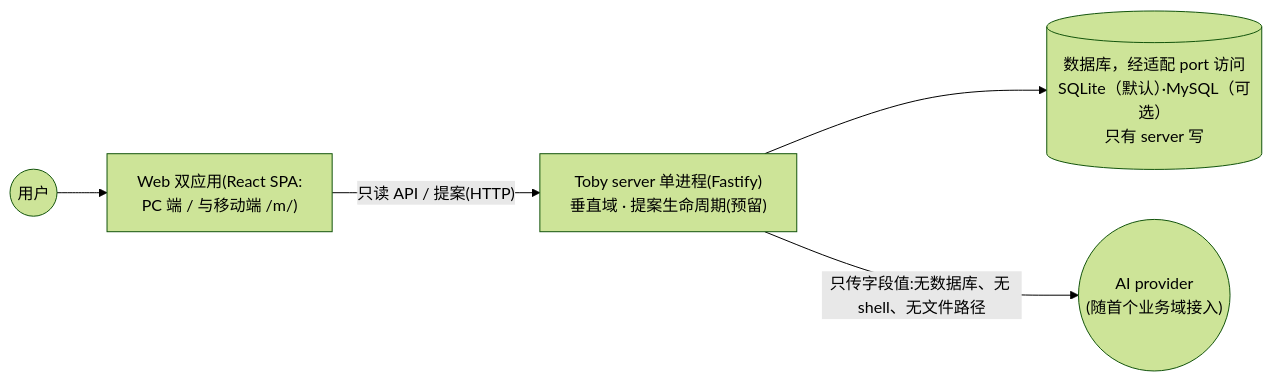
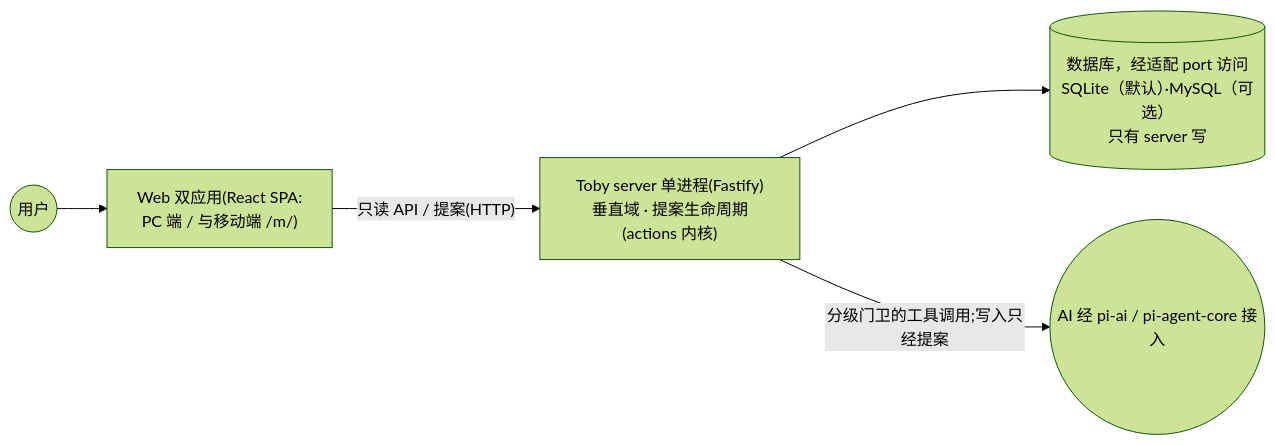
Before and after one commit to dengyusys/toby: the first of 3 diagrams in docs/system-overview.zh.md, drawn with Mermaid (forest theme). The commit also changed other lines of this file and 46 other files, not shown here.

````diff
--- a/docs/system-overview.zh.md
+++ b/docs/system-overview.zh.md
@@ -23,7 +23,7 @@
 ```mermaid
 flowchart LR
     U(("用户")) --> W["Web 双应用(React SPA:<br/>PC 端 / 与移动端 /m/)"]
-    W -->|"只读 API / 提案(HTTP)"| S["Toby server 单进程(Fastify)<br/>垂直域 · 提案生命周期(预留)"]
+    W -->|"只读 API / 提案(HTTP)"| S["Toby server 单进程(Fastify)<br/>垂直域 · 提案生命周期(actions 内核)"]
     S --> DB[("数据库，经适配 port 访问<br/>SQLite（默认）·MySQL（可选）<br/>只有 server 写")]
-    S -->|"只传字段值:无数据库、无 shell、无文件路径"| AI(("AI provider<br/>(随首个业务域接入)"))
+    S -->|"分级门卫的工具调用;写入只经提案"| AI(("AI 经 pi-ai / pi-agent-core 接入"))
 ```
````
